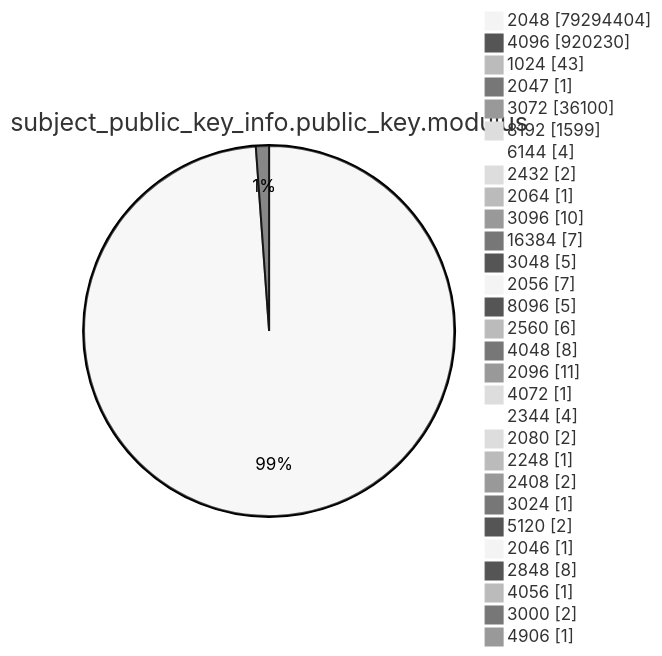
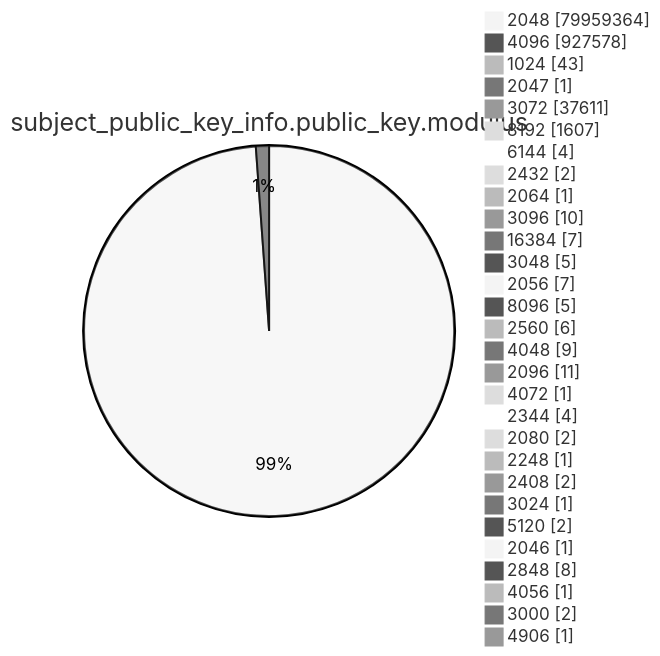
One commit to christiankrug/ctmonitor_visualization changed diagram 13 of 15 in argon2023/README.md. Above: the diagram before and after it, drawn with Mermaid (neutral theme). The commit also changed other lines of this file, not shown here.

````diff
--- a/argon2023/README.md
+++ b/argon2023/README.md
@@ -2706,33 +2710,33 @@
 ```mermaid
 pie showData
 title subject_public_key_info.public_key.modulus
-"2048" :79294404
-"4096" :920230
+"2048" :79959364
+"4096" :927578
 "1024" :43
 "2047" :1
-"3072" :36100
-"8192" :1599
+"3072" :37611
+"8192" :1607
 "6144" :4
 "2432" :2
 "2064" :1
 "3096" :10
 "16384" :7
 "3048" :5
 "2056" :7
 "8096" :5
 "2560" :6
-"4048" :8
+"4048" :9
 "2096" :11
 "4072" :1
 "2344" :4
 "2080" :2
 "2248" :1
 "2408" :2
 "3024" :1
 "5120" :2
 "2046" :1
 "2848" :8
 "4056" :1
 "3000" :2
 "4906" :1
 ```
````
